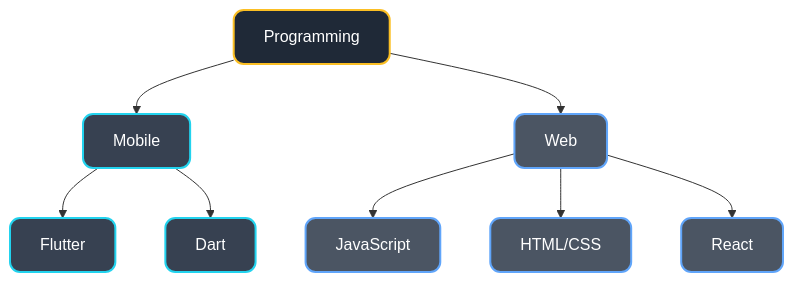
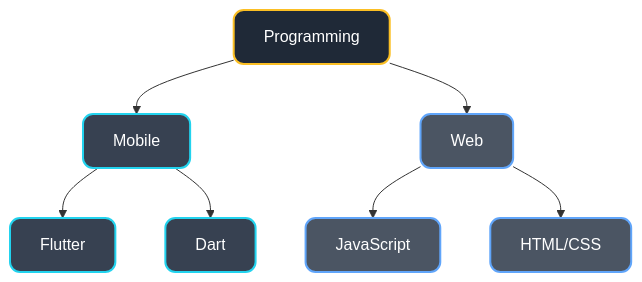
Before and after one commit to Raseelp/Raseelp: the first of 2 diagrams in README.md, drawn with Mermaid. The commit also changed other lines of this file, not shown here.

````diff
--- a/README.md
+++ b/README.md
@@ -28,29 +28,29 @@
 ```mermaid
 %% Note: This graph showcases my Technical Skills.  
 %% If it doesn't display, please view it on the GitHub website.
 graph TD
     A[Programming] --> B[Mobile]
     A --> C[Web]
    
     
     B --> B1[Flutter]
     B --> B2[Dart]
     
     C --> C1[JavaScript]
     C --> C2[HTML/CSS]
-    C --> C3[React]
+   
     
     
   
 
     classDef main fill:#1f2937,stroke:#fbbf24,stroke-width:2px,color:#ffffff,rx:10px,ry:10px;
     classDef mobile fill:#374151,stroke:#22d3ee,stroke-width:2px,color:#ffffff,rx:10px,ry:10px;
     classDef web fill:#4b5563,stroke:#60a5fa,stroke-width:2px,color:#ffffff,rx:10px,ry:10px;
     
 
     class A main;
     class B,B1,B2 mobile;
     class C,C1,C2,C3 web;
     
 
 ```
````
